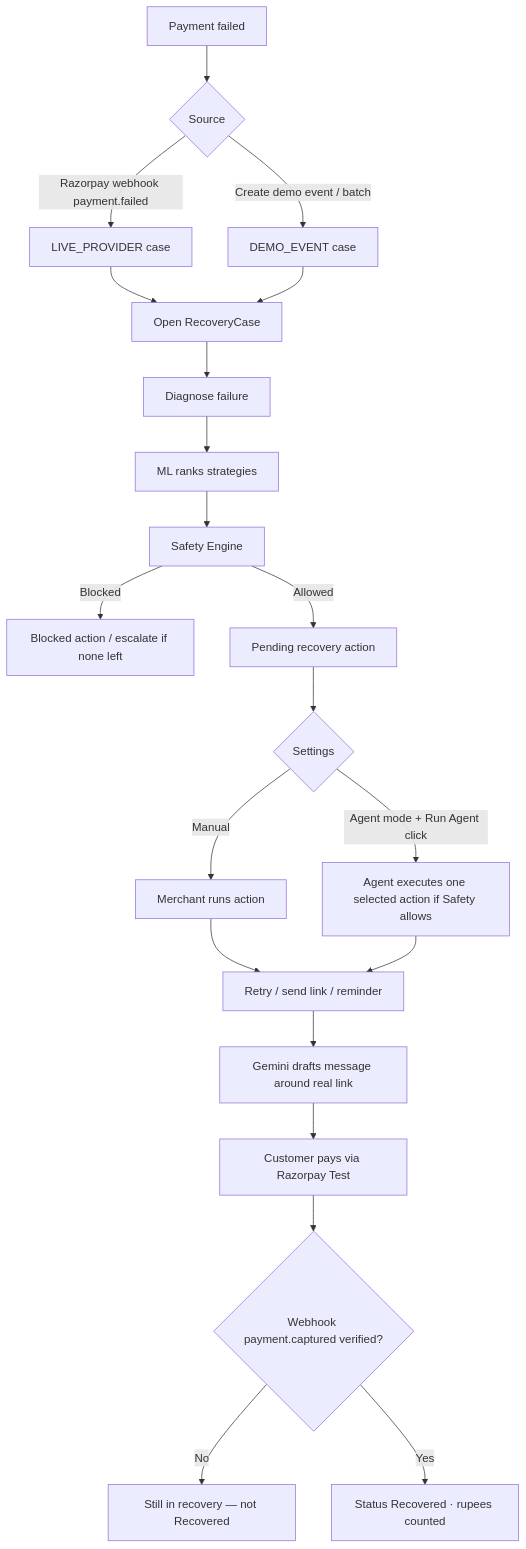
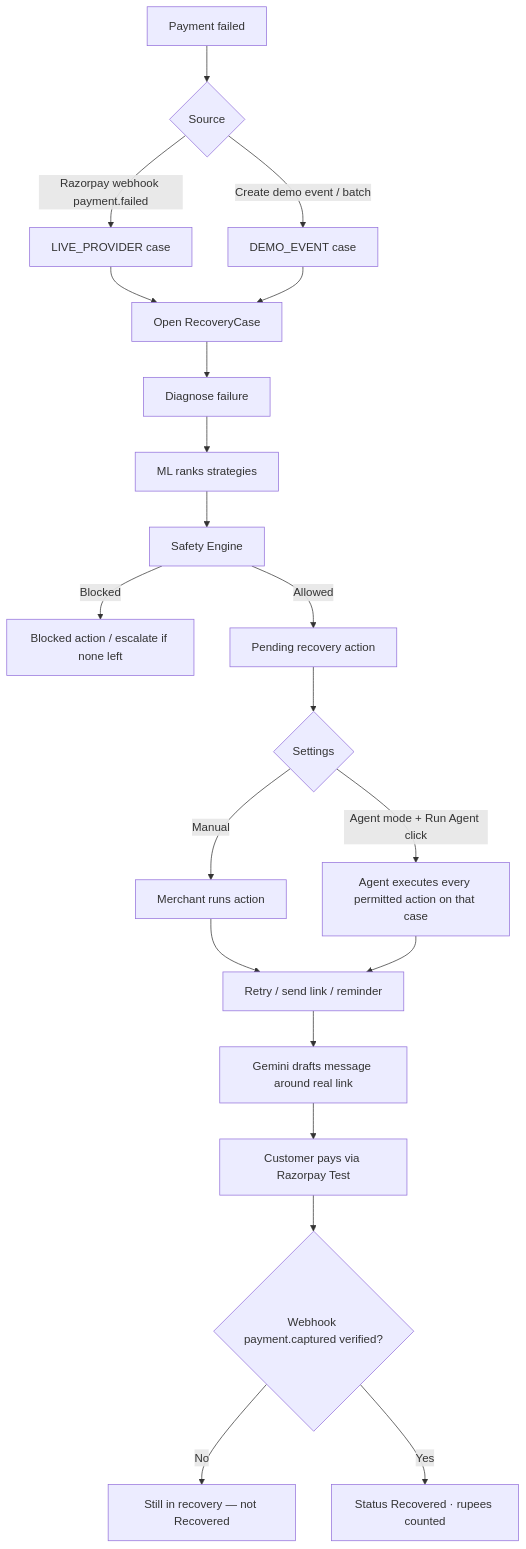
The third of 4 diagrams in README.md (voyage-coder/RecoverAI), drawn with Mermaid before and after one commit. The commit also changed other lines of this file and 18 other files, not shown here.

Commit message:
Changed manual and run agent settings again

````diff
--- a/README.md
+++ b/README.md
@@ -317,23 +317,23 @@
 ```mermaid
 flowchart TD
   A[Payment failed] --> B{Source}
   B -->|Razorpay webhook payment.failed| C[LIVE_PROVIDER case]
   B -->|Create demo event / batch| D[DEMO_EVENT case]
   C --> E[Open RecoveryCase]
   D --> E
   E --> F[Diagnose failure]
   F --> G[ML ranks strategies]
   G --> H[Safety Engine]
   H -->|Blocked| I[Blocked action / escalate if none left]
   H -->|Allowed| J[Pending recovery action]
   J --> K{Settings}
   K -->|Manual| L[Merchant runs action]
-  K -->|Agent mode + Run Agent click| N[Agent executes one selected action if Safety allows]
+  K -->|Agent mode + Run Agent click| N[Agent executes every permitted action on that case]
   L --> O[Retry / send link / reminder]
   N --> O
   O --> P[Gemini drafts message around real link]
   P --> Q[Customer pays via Razorpay Test]
   Q --> R{Webhook payment.captured verified?}
   R -->|No| S[Still in recovery — not Recovered]
   R -->|Yes| T[Status Recovered · rupees counted]
 ```
````
